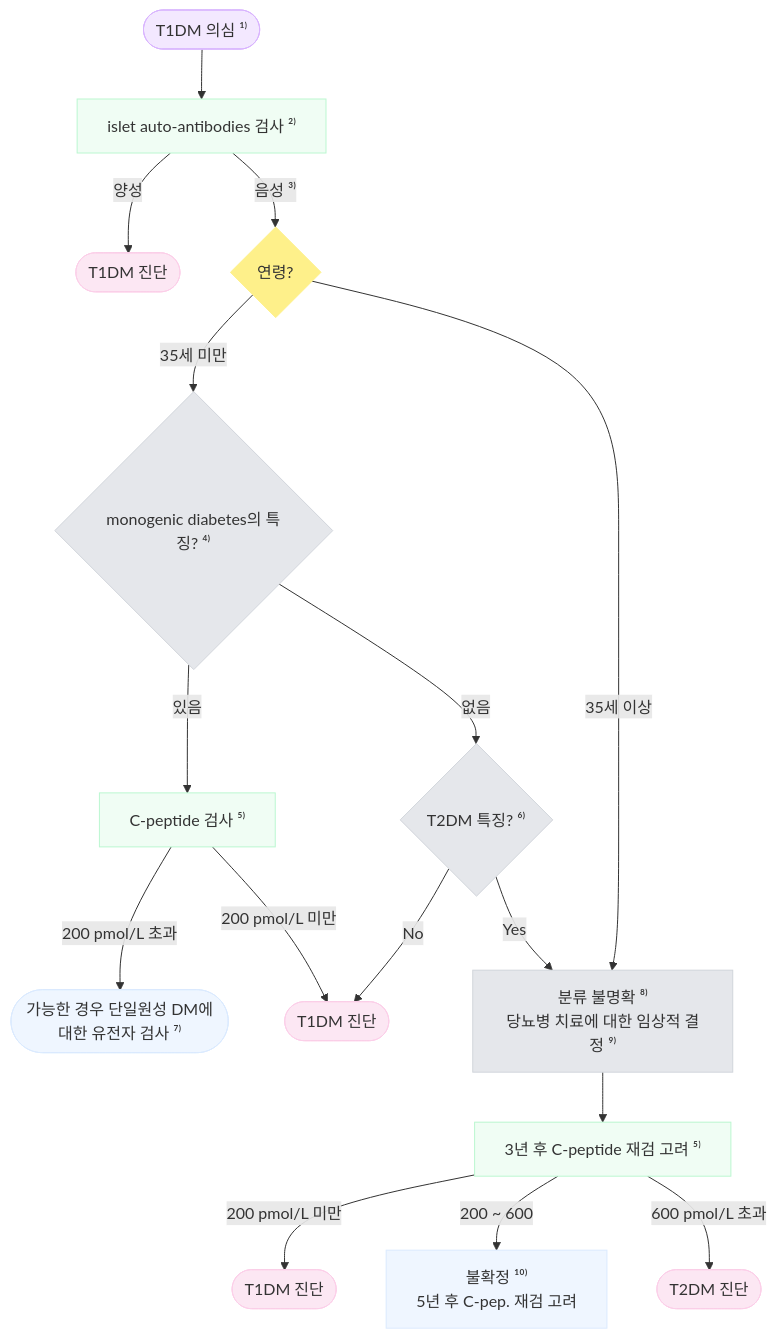
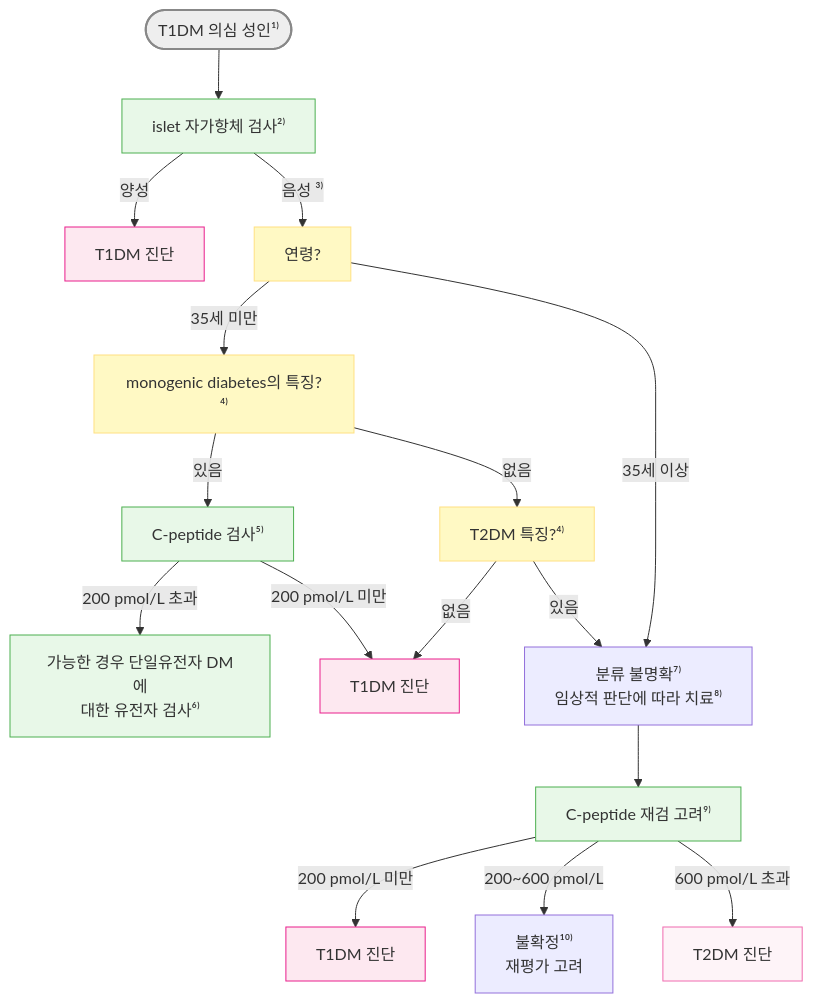
Before and after one commit to familyoh77/familyoh77: the first of 4 diagrams in 226_/100_-diabetes-mellitus.md, drawn with Mermaid. The commit also changed other lines of this file, not shown here.

````diff
--- a/226_/100_-diabetes-mellitus.md
+++ b/226_/100_-diabetes-mellitus.md
@@ -163,48 +165,42 @@
 ```mermaid
 graph TD
-    Start([T1DM 의심 ¹⁾])
-    Islet[islet auto-antibodies 검사 ²⁾]
-    T1DM_Diag1([T1DM 진단])
-    Age{연령?}
-    MonoCheck{monogenic diabetes의 특징? ⁴⁾}
-    Cpep1[C-peptide 검사 ⁵⁾]
-    GeneTest([가능한 경우 단일원성 DM에<br>대한 유전자 검사 ⁷⁾])
-    T1DM_Diag2([T1DM 진단])
-    T2DMCheck{T2DM 특징? ⁶⁾}
-    Unclear[분류 불명확 ⁸⁾<br>당뇨병 치료에 대한 임상적 결정 ⁹⁾]
-    ReCpep1[3년 후 C-peptide 재검 고려 ⁵⁾]
-    T1DM_Diag3([T1DM 진단])
-    Uncertain[불확정 ¹⁰⁾<br>5년 후 C-pep. 재검 고려]
-    T2DM_Diag([T2DM 진단])
+Start([T1DM 의심 성인¹⁾])
+Islet[islet 자가항체 검사²⁾]
+T1DM_Diag1[T1DM 진단]
+Age[연령?]
+MonoCheck[monogenic diabetes의 특징?⁴⁾]
+Cpep1[C-peptide 검사⁵⁾]
+GeneTest[가능한 경우 단일유전자 DM에<br>대한 유전자 검사⁶⁾]
+T1DM_Diag2[T1DM 진단]
+T2DMCheck[T2DM 특징?⁴⁾]
+Unclear[분류 불명확⁷⁾<br>임상적 판단에 따라 치료⁸⁾]
+ReCpep1[C-peptide 재검 고려⁹⁾]
+T1DM_Diag3[T1DM 진단]
+Uncertain[불확정¹⁰⁾<br>재평가 고려]
+T2DM_Diag[T2DM 진단]
 
-    Start --> Islet
-    Islet -->|양성| T1DM_Diag1
-    Islet -->|음성 ³⁾| Age
-    Age -->|35세 미만| MonoCheck
-    Age -->|35세 이상| Unclear
-    MonoCheck -->|있음| Cpep1
-    MonoCheck -->|없음| T2DMCheck
-    Cpep1 -->|200 pmol/L 초과| GeneTest
-    Cpep1 -->|200 pmol/L 미만| T1DM_Diag2
-    T2DMCheck -->|No| T1DM_Diag2
-    T2DMCheck -->|Yes| Unclear
-    Unclear --> ReCpep1
-    ReCpep1 -->|200 pmol/L 미만| T1DM_Diag3
-    ReCpep1 -->|200 ~ 600| Uncertain
-    ReCpep1 -->|600 pmol/L 초과| T2DM_Diag
+Start --> Islet
+Islet -->|양성| T1DM_Diag1
+Islet -->|음성 ³⁾| Age
+Age -->|35세 미만| MonoCheck
+Age -->|35세 이상| Unclear
+MonoCheck -->|있음| Cpep1
+MonoCheck -->|없음| T2DMCheck
+Cpep1 -->|200 pmol/L 초과| GeneTest
+Cpep1 -->|200 pmol/L 미만| T1DM_Diag2
+T2DMCheck -->|없음| T1DM_Diag2
+T2DMCheck -->|있음| Unclear
+Unclear --> ReCpep1
+ReCpep1 -->|200 pmol/L 미만| T1DM_Diag3
+ReCpep1 -->|200~600 pmol/L| Uncertain
+ReCpep1 -->|600 pmol/L 초과| T2DM_Diag
 
-    style Start fill:#F3E8FF,stroke:#D8B4FE,stroke-width:1px
-    style Islet fill:#F0FDF4,stroke:#BBF7D0,stroke-width:1px
-    style Age fill:#FEF08A,stroke:#FEF08A,stroke-width:1px
-    style MonoCheck fill:#E5E7EB,stroke:#D1D5DB,stroke-width:1px
-    style T2DMCheck fill:#E5E7EB,stroke:#D1D5DB,stroke-width:1px
-    style Unclear fill:#E5E7EB,stroke:#D1D5DB,stroke-width:1px
-    style ReCpep1 fill:#F0FDF4,stroke:#BBF7D0,stroke-width:1px
-    style Cpep1 fill:#F0FDF4,stroke:#BBF7D0,stroke-width:1px
-    style T1DM_Diag1 fill:#FCE7F3,stroke:#FBCFE8,stroke-width:1px
-    style T1DM_Diag2 fill:#FCE7F3,stroke:#FBCFE8,stroke-width:1px
-    style T1DM_Diag3 fill:#FCE7F3,stroke:#FBCFE8,stroke-width:1px
-    style T2DM_Diag fill:#FCE7F3,stroke:#FBCFE8,stroke-width:1px
-    style GeneTest fill:#EFF6FF,stroke:#DBEAFE,stroke-width:1px
-    style Uncertain fill:#EFF6FF,stroke:#DBEAFE,stroke-width:1px
+style Start fill:#eeeeee,stroke:#888888,stroke-width:2px
+classDef lightGreen fill:#e8f8e8,stroke:#4caf50
+class Islet,Cpep1,GeneTest,ReCpep1 lightGreen
+classDef yellow fill:#fff9c4,stroke:#ffe082
+class Age,MonoCheck,T2DMCheck yellow
+classDef pink fill:#fde8f0,stroke:#e91e8c
+class T1DM_Diag1,T1DM_Diag2,T1DM_Diag3,T2DM_Diag pink
+style T2DM_Diag fill:#fef4f8,stroke:#f06baf
 ```
````
